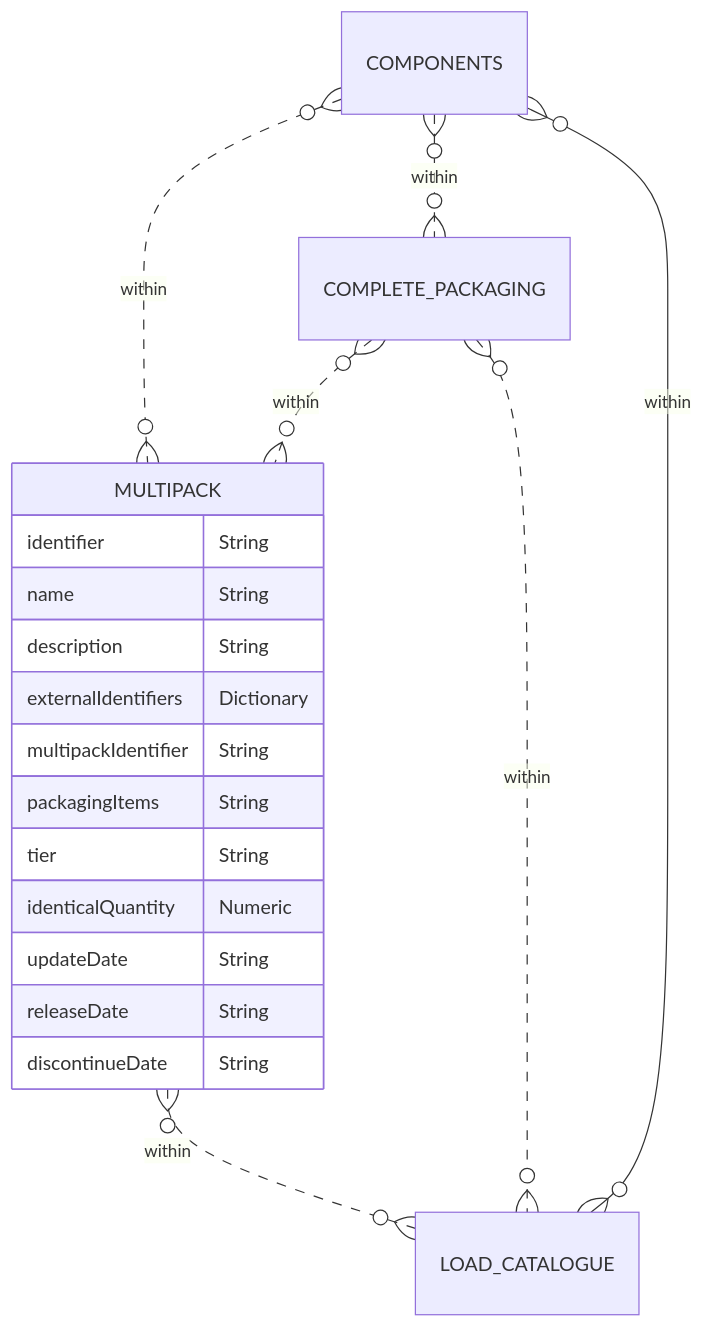
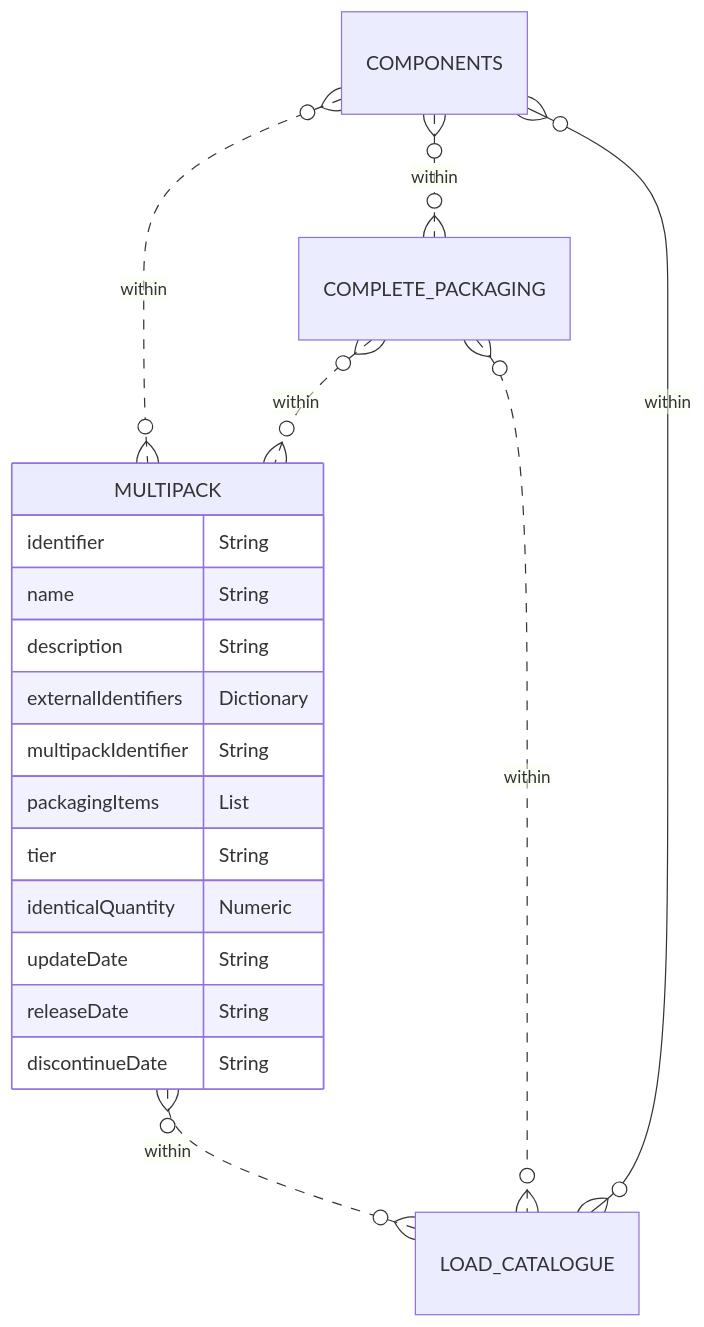
Before and after one commit to OpenDataManchester/Open3P: the diagram in docs/3_Data_Specification/3_5_Multipack.md, drawn with Mermaid. The commit also changed other lines of this file and 2 other files, not shown here.

Commit message:
Multipack, Load Catalogue and Load improvements

````diff
--- a/docs/3_Data_Specification/3_5_Multipack.md
+++ b/docs/3_Data_Specification/3_5_Multipack.md
@@ -29,22 +29,22 @@
 ``` mermaid
 erDiagram
 COMPONENTS }o..o{ MULTIPACK : within
 COMPONENTS }o..o{ COMPLETE_PACKAGING : within
 COMPLETE_PACKAGING }o..o{ MULTIPACK : within
   MULTIPACK {
     identifier String
     name String
     description String
     externalIdentifiers Dictionary
     multipackIdentifier String
-    packagingItems String
+    packagingItems List
     tier String
     identicalQuantity Numeric
     updateDate String
     releaseDate String
     discontinueDate String
   }
   COMPLETE_PACKAGING }o..o{ LOAD_CATALOGUE : within
   MULTIPACK }o..o{ LOAD_CATALOGUE : within
   COMPONENTS }o--o{ LOAD_CATALOGUE : within
 ```
````
